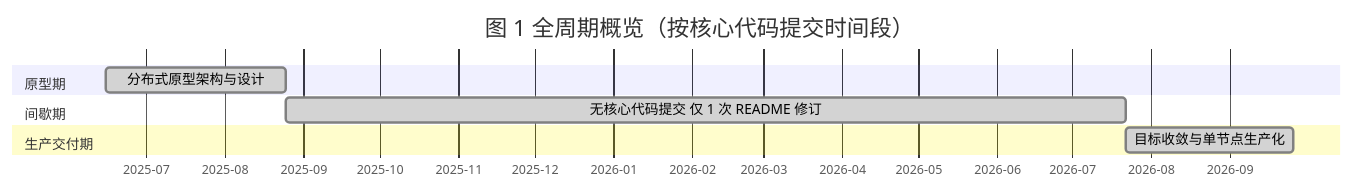
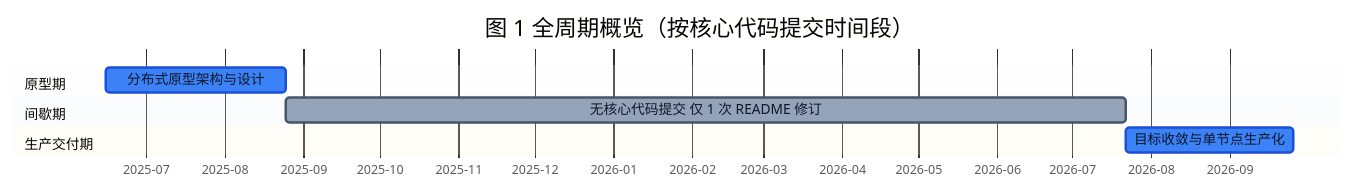
One commit to Kylinlixd/AstraStoreXion changed the first of 3 diagrams in 开发指南.md. Above: the diagram before and after it, drawn with Mermaid. The commit also changed other lines of this file, not shown here.

Commit message:
docs: 甘特图配色改为高对比蓝色系，流程图补上折返向下箭头

````diff
--- a/开发指南.md
+++ b/开发指南.md
@@ -18,14 +18,15 @@
 ```mermaid
+%%{init: {"theme": "base", "themeVariables": {"taskBkgColor": "#BFDBFE", "taskBorderColor": "#2563EB", "taskTextColor": "#FFFFFF", "taskTextDarkColor": "#0F172A", "taskTextOutsideColor": "#334155", "activeTaskBkgColor": "#3B82F6", "activeTaskBorderColor": "#1D4ED8", "doneTaskBkgColor": "#94A3B8", "doneTaskBorderColor": "#475569", "sectionBkgColor": "#F8FAFC", "altSectionBkgColor": "#E8EEF6", "gridColor": "#CBD5E1"}}}%%
 gantt
     title 图 1 全周期概览（按核心代码提交时间段）
     dateFormat YYYY-MM-DD
     axisFormat %Y-%m
     todayMarker off
 
     section 原型期
-    分布式原型架构与设计 :done, p1, 2025-06-15, 2025-08-25
+    分布式原型架构与设计 :active, p1, 2025-06-15, 2025-08-25
     section 间歇期
     无核心代码提交 仅 1 次 README 修订 :done, gap, 2025-08-25, 2026-07-22
     section 生产交付期
-    目标收敛与单节点生产化 :done, p2, 2026-07-22, 2026-09-26
+    目标收敛与单节点生产化 :active, p2, 2026-07-22, 2026-09-26
 ```
````
